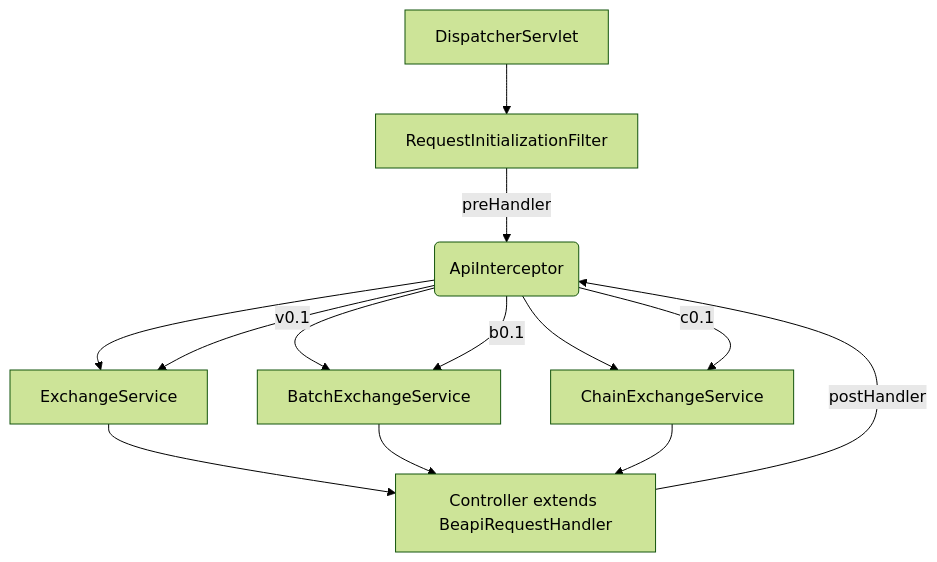
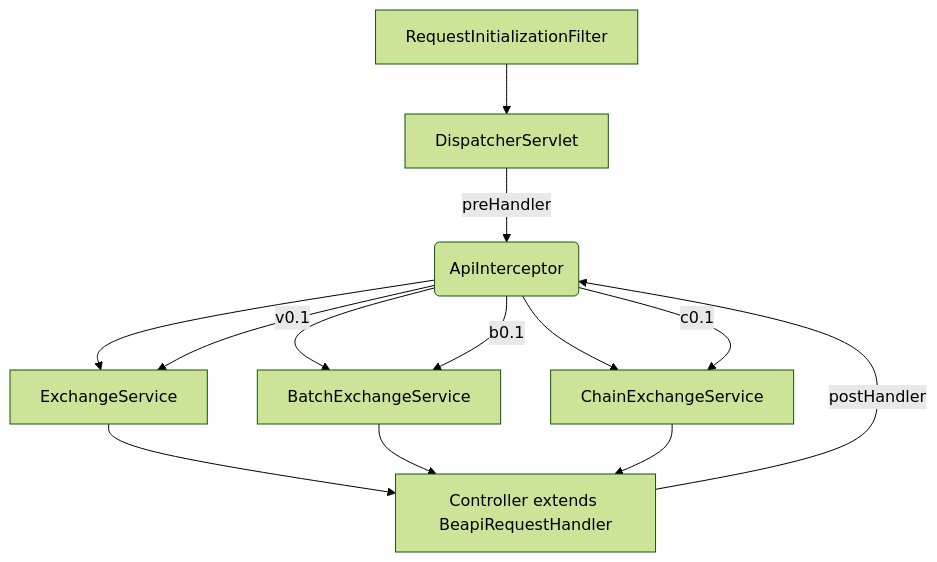
Before and after one commit to Beapi-io/spring-boot-starter-beapi: the diagram in README.md, drawn with Mermaid (forest theme).

````diff
--- a/README.md
+++ b/README.md
@@ -119,15 +119,15 @@
 ```mermaid
 flowchart TD
-    A[DispatcherServlet] --> B[RequestInitializationFilter]
+    A[RequestInitializationFilter] --> B[DispatcherServlet]
     B --> |preHandler| C(ApiInterceptor)
     C --> D[ExchangeService] 
     C --> E[BatchExchangeService] 
     C --> F[ChainExchangeService] 
     D --> G[Controller extends BeapiRequestHandler]
     E --> G[Controller extends BeapiRequestHandler]
     F --> G[Controller extends BeapiRequestHandler]
     G --> |postHandler| C
     C --> |v0.1| D
     C --> |b0.1| E
     C --> |c0.1| F
 ```
````
